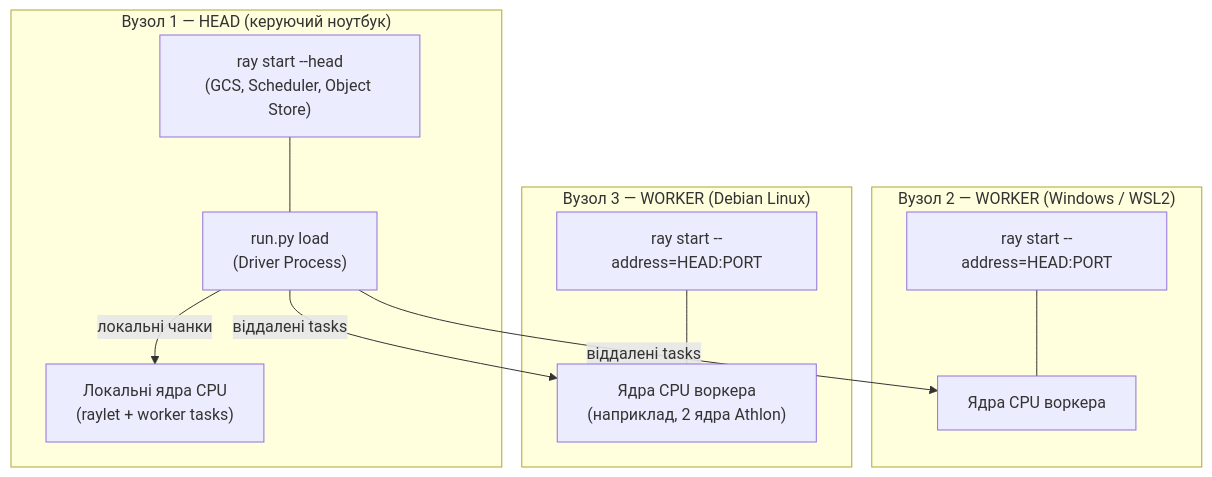
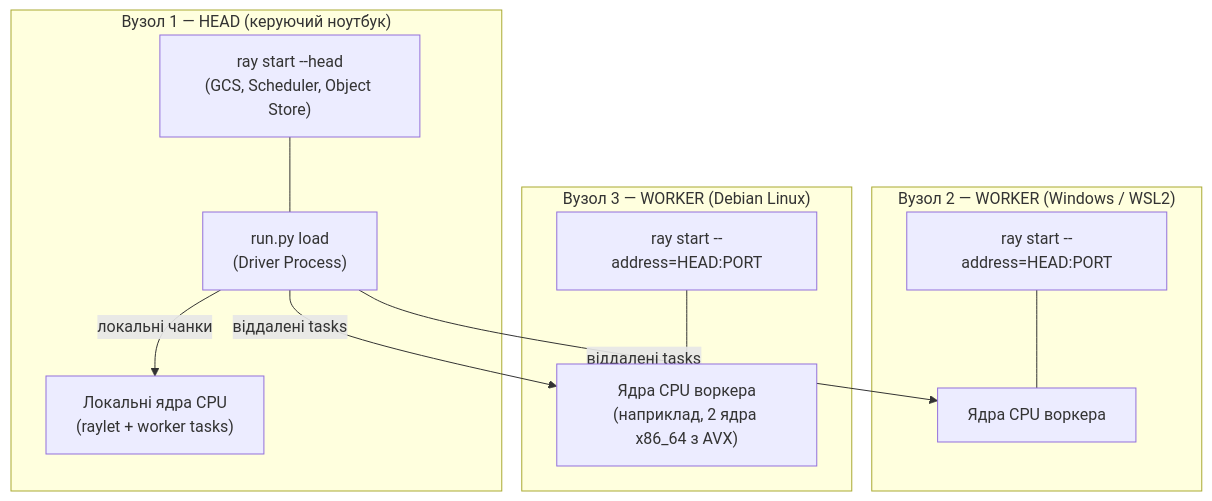
One commit to vplanto/cloud_grid changed the first of 2 diagrams in docs/p02_ray_grid.md. Above: the diagram before and after it, drawn with Mermaid. The commit also changed other lines of this file, not shown here.

````diff
--- a/docs/p02_ray_grid.md
+++ b/docs/p02_ray_grid.md
@@ -23,25 +23,25 @@
 ```mermaid
 flowchart TB
     subgraph Head ["Вузол 1 — HEAD (керуючий ноутбук)"]
         H1["ray start --head<br>(GCS, Scheduler, Object Store)"]
         Driver["run.py load<br>(Driver Process)"]
         HCPU["Локальні ядра CPU<br>(raylet + worker tasks)"]
         H1 --- Driver
         Driver -->|"локальні чанки"| HCPU
     end
 
     subgraph W1 ["Вузол 2 — WORKER (Windows / WSL2)"]
         C1["ray start --address=HEAD:PORT"]
         W1CPU["Ядра CPU воркера"]
         C1 --- W1CPU
     end
 
     subgraph W2 ["Вузол 3 — WORKER (Debian Linux)"]
         C2["ray start --address=HEAD:PORT"]
-        W2CPU["Ядра CPU воркера<br>(наприклад, 2 ядра Athlon)"]
+        W2CPU["Ядра CPU воркера<br>(наприклад, 2 ядра x86_64 з AVX)"]
         C2 --- W2CPU
     end
 
     Driver -->|"віддалені tasks"| W1CPU
     Driver -->|"віддалені tasks"| W2CPU
 ```
````
